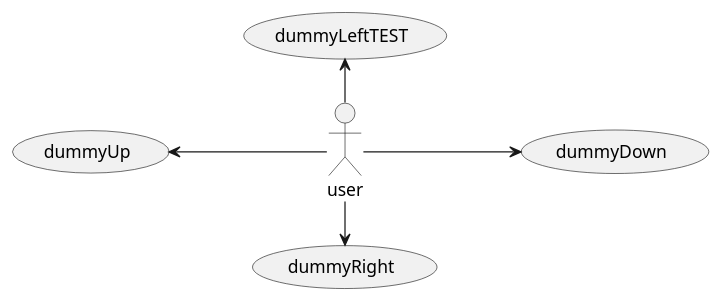
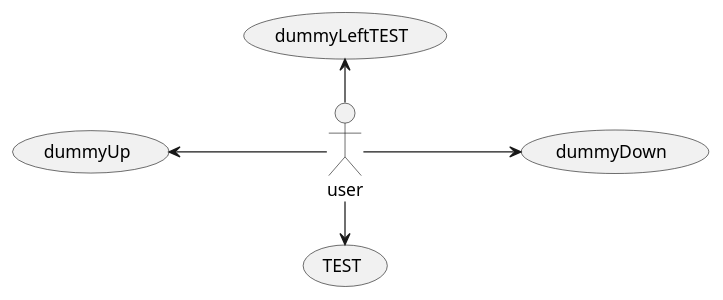
The diagram in example.plantuml (Martin-Hausleitner/plantuml-markdown), drawn with PlantUML before and after one commit.

```diff
--- a/example.plantuml
+++ b/example.plantuml
@@ -1,7 +1,7 @@
 @startuml
 left to right direction
 :user: -left-> (dummyLeftTEST)
-:user: -right-> (dummyRight)
+:user: -right-> (TEST)
 :user: -up-> (dummyUp)
 :user: -down-> (dummyDown)
 @enduml
```
